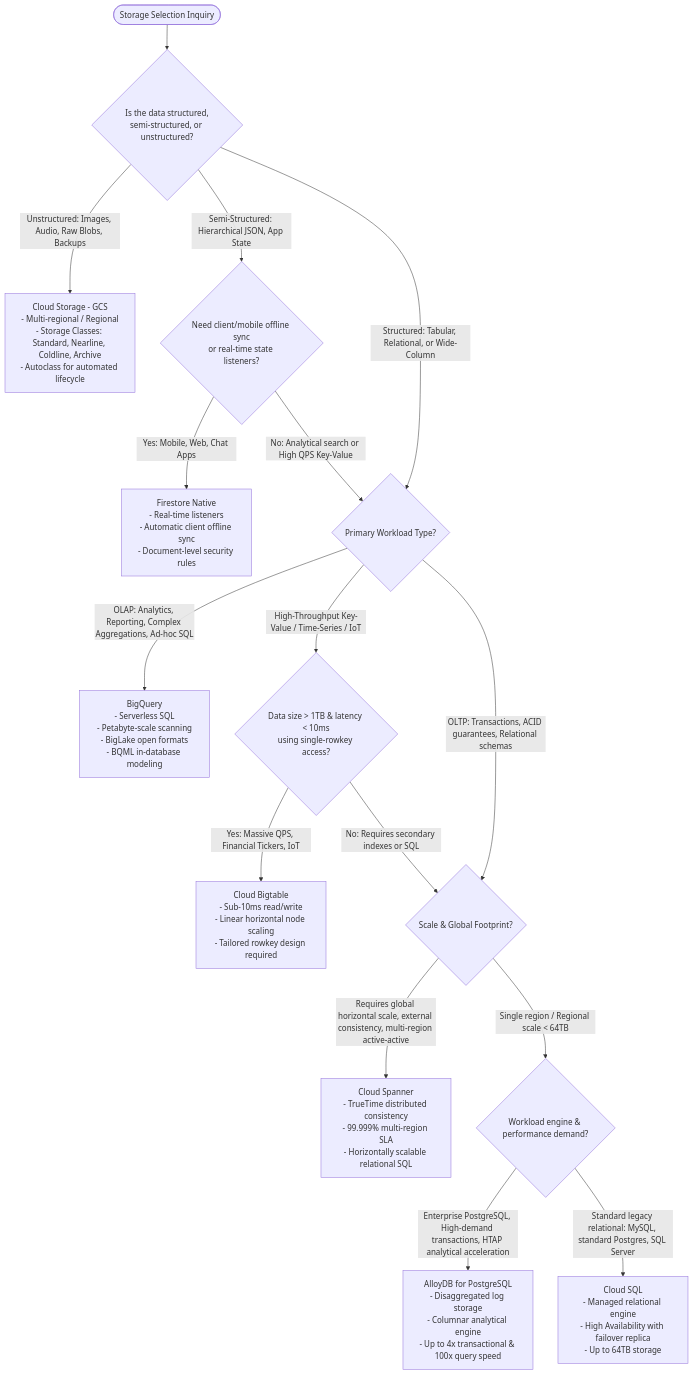
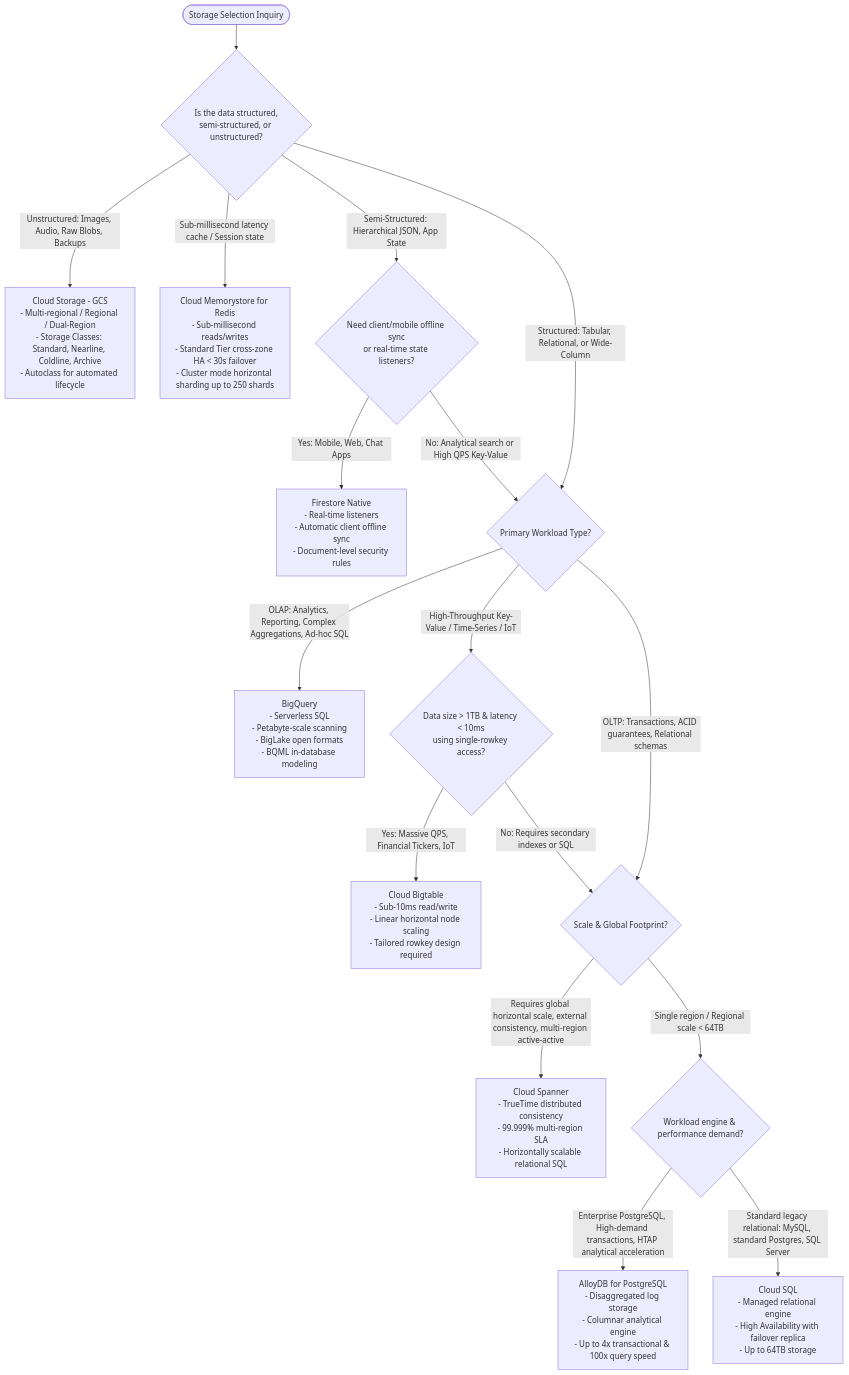
Before and after one commit to rohithvishaal/GCP_PDE_Notes: the third of 3 diagrams in 05_phase4_comparisons_and_decision_trees/02_storage_database_comparisons.md, drawn with Mermaid. The commit also changed other lines of this file and 8 other files, not shown here.

````diff
--- a/05_phase4_comparisons_and_decision_trees/02_storage_database_comparisons.md
+++ b/05_phase4_comparisons_and_decision_trees/02_storage_database_comparisons.md
@@ -163,32 +110,35 @@
 ```mermaid
 flowchart TD
     Start([Storage Selection Inquiry]) --> Q1{Is the data structured,<br/>semi-structured, or unstructured?}
     
     %% UNSTRUCTURED
-    Q1 -->|Unstructured: Images, Audio, Raw Blobs, Backups| Sol_GCS[Cloud Storage - GCS<br/>- Multi-regional / Regional<br/>- Storage Classes: Standard, Nearline, Coldline, Archive<br/>- Autoclass for automated lifecycle]
+    Q1 -->|Unstructured: Images, Audio, Raw Blobs, Backups| Sol_GCS[Cloud Storage - GCS<br/>- Multi-regional / Regional / Dual-Region<br/>- Storage Classes: Standard, Nearline, Coldline, Archive<br/>- Autoclass for automated lifecycle]
     
+    %% IN-MEMORY CACHE
+    Q1 -->|Sub-millisecond latency cache / Session state| Sol_Memorystore[Cloud Memorystore for Redis<br/>- Sub-millisecond reads/writes<br/>- Standard Tier cross-zone HA < 30s failover<br/>- Cluster mode horizontal sharding up to 250 shards]
+
     %% SEMI-STRUCTURED / DOCUMENT
     Q1 -->|Semi-Structured: Hierarchical JSON, App State| Q2{Need client/mobile offline sync<br/>or real-time state listeners?}
     Q2 -->|Yes: Mobile, Web, Chat Apps| Sol_Firestore[Firestore Native<br/>- Real-time listeners<br/>- Automatic client offline sync<br/>- Document-level security rules]
     Q2 -->|No: Analytical search or High QPS Key-Value| Q3
     
     %% STRUCTURED / TABULAR
     Q1 -->|Structured: Tabular, Relational, or Wide-Column| Q3{Primary Workload Type?}
     
     %% OLAP
     Q3 -->|OLAP: Analytics, Reporting, Complex Aggregations, Ad-hoc SQL| Sol_BigQuery[BigQuery<br/>- Serverless SQL<br/>- Petabyte-scale scanning<br/>- BigLake open formats<br/>- BQML in-database modeling]
     
     %% HIGH-THROUGHPUT NOSQL
     Q3 -->|High-Throughput Key-Value / Time-Series / IoT| Q4{Data size > 1TB & latency < 10ms<br/>using single-rowkey access?}
     Q4 -->|Yes: Massive QPS, Financial Tickers, IoT| Sol_Bigtable[Cloud Bigtable<br/>- Sub-10ms read/write<br/>- Linear horizontal node scaling<br/>- Tailored rowkey design required]
     Q4 -->|No: Requires secondary indexes or SQL| Q5
     
     %% OLTP / RELATIONAL
     Q3 -->|OLTP: Transactions, ACID guarantees, Relational schemas| Q5{Scale & Global Footprint?}
     
     Q5 -->|Requires global horizontal scale, external consistency, multi-region active-active| Sol_Spanner[Cloud Spanner<br/>- TrueTime distributed consistency<br/>- 99.999% multi-region SLA<br/>- Horizontally scalable relational SQL]
     
     Q5 -->|Single region / Regional scale < 64TB| Q6{Workload engine & performance demand?}
     Q6 -->|Enterprise PostgreSQL, High-demand transactions, HTAP analytical acceleration| Sol_AlloyDB[AlloyDB for PostgreSQL<br/>- Disaggregated log storage<br/>- Columnar analytical engine<br/>- Up to 4x transactional & 100x query speed]
     Q6 -->|Standard legacy relational: MySQL, standard Postgres, SQL Server| Sol_CloudSQL[Cloud SQL<br/>- Managed relational engine<br/>- High Availability with failover replica<br/>- Up to 64TB storage]
 ```
````
